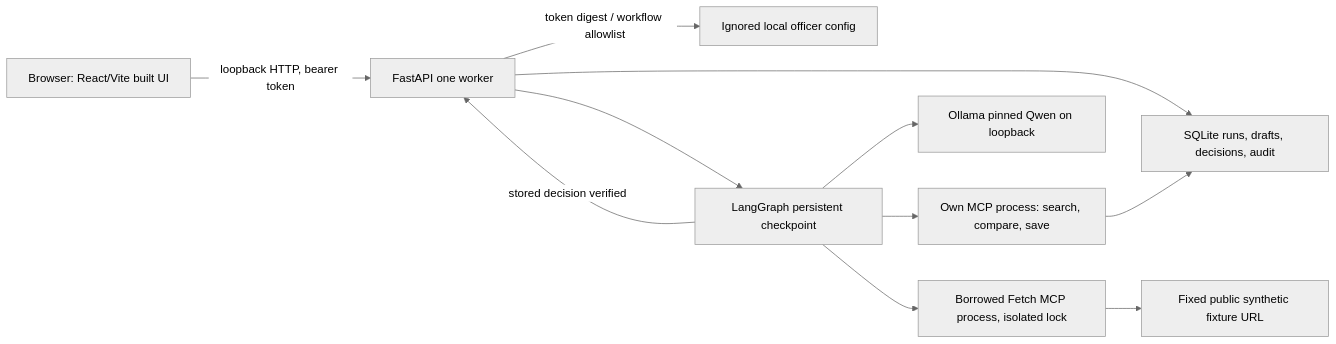
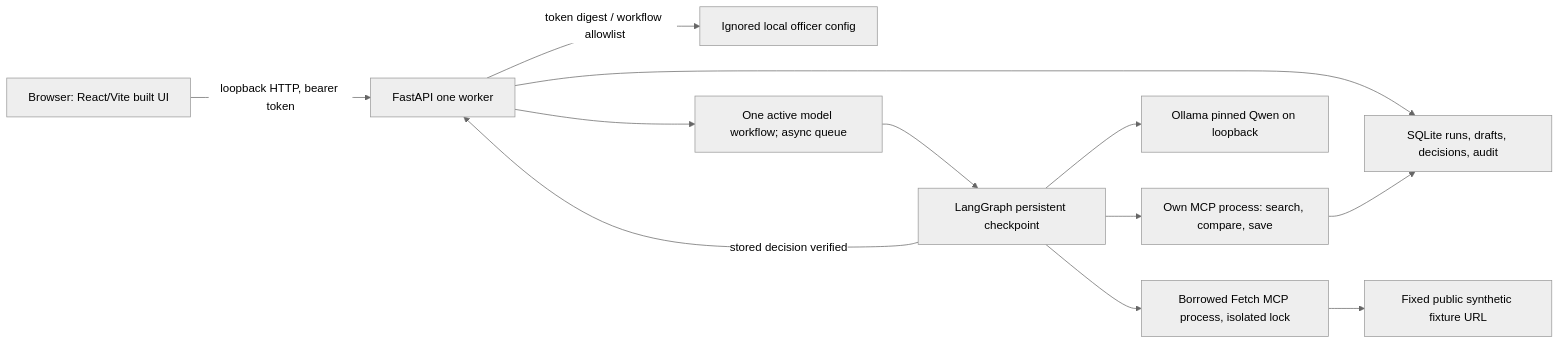
Before and after one commit to Fredrick-owino/market-price-intelligence-agent: the diagram in ARCHITECTURE.md, drawn with Mermaid (neutral theme). The commit also changed other lines of this file and 16 other files, not shown here.

````diff
--- a/ARCHITECTURE.md
+++ b/ARCHITECTURE.md
@@ -3,13 +3,14 @@
 ```mermaid
 flowchart LR
   B[Browser: React/Vite built UI] -->|loopback HTTP, bearer token| A[FastAPI one worker]
   A -->|token digest / workflow allowlist| C[Ignored local officer config]
   A --> R[SQLite runs, drafts, decisions, audit]
-  A --> G[LangGraph persistent checkpoint]
+  A --> S[One active model workflow; async queue]
+  S --> G[LangGraph persistent checkpoint]
   G --> F[Borrowed Fetch MCP process, isolated lock]
   F --> P[Fixed public synthetic fixture URL]
   G --> O[Ollama pinned Qwen on loopback]
   G --> M[Own MCP process: search, compare, save]
   M --> R
   G -->|stored decision verified| A
 ```
````
